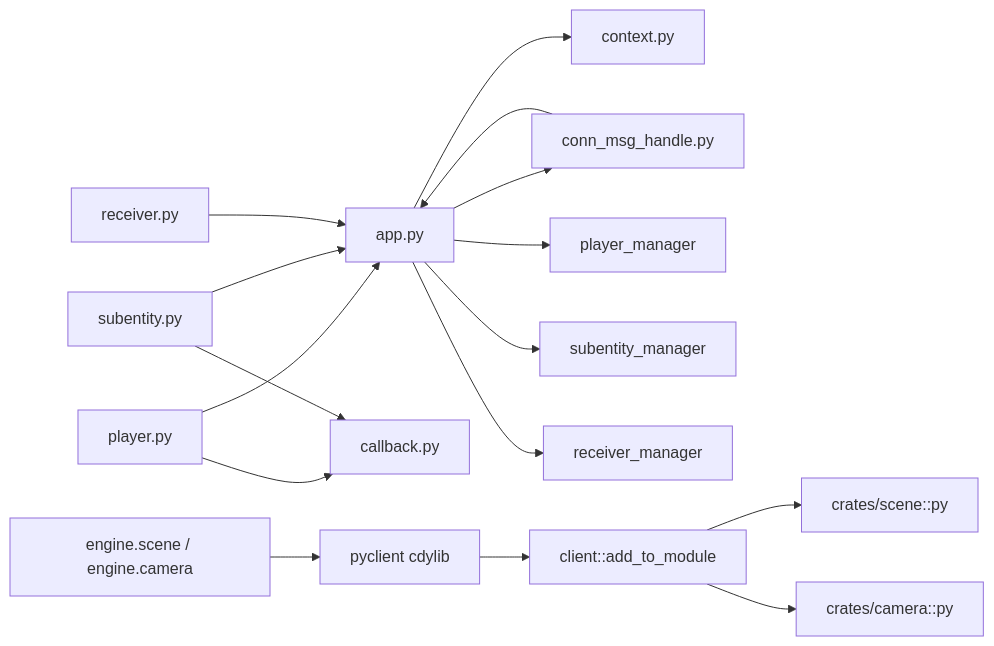
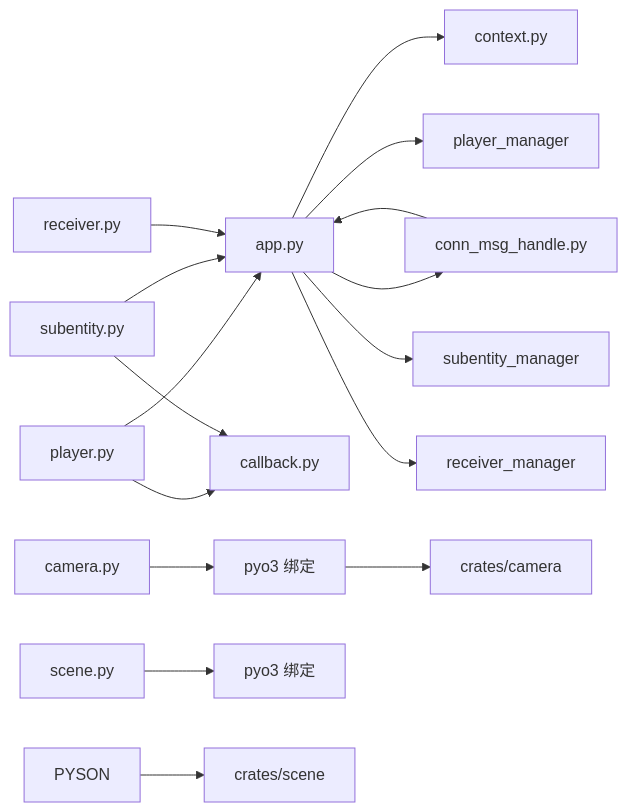
The eighth of 10 diagrams in .qoder/repowiki/zh/content/客户端 SDK/Python 客户端.md (qianqians/geese), drawn with Mermaid before and after one commit. The commit also changed other lines of this file and 8 other files, not shown here.

````diff
--- a/.qoder/repowiki/zh/content/客户端 SDK/Python 客户端.md
+++ b/.qoder/repowiki/zh/content/客户端 SDK/Python 客户端.md
@@ -422,18 +647,18 @@
 ```mermaid
 graph LR
 APP["app.py"] --> CTX["context.py"]
 APP --> CMH["conn_msg_handle.py"]
 APP --> PLRM["player_manager"]
 APP --> SUBM["subentity_manager"]
 APP --> RCRM["receiver_manager"]
 CMH --> APP
 PLR["player.py"] --> APP
 SUB["subentity.py"] --> APP
 RCV["receiver.py"] --> APP
 PLR --> CBK["callback.py"]
 SUB --> CBK
-SCN["engine.scene / engine.camera"] --> PYCLIENT["pyclient cdylib"]
-PYCLIENT --> ADD["client::add_to_module"]
-ADD --> SCENECRATE["crates/scene::py"]
-ADD --> CAMCRATE["crates/camera::py"]
+CAM["camera.py"] --> PYCAM["pyo3 绑定"]
+SCN["scene.py"] --> PYGON["pyo3 绑定"]
+PYCAM --> CRATESCAM["crates/camera"]
+PYSON --> CRATESSCN["crates/scene"]
 ```
````
